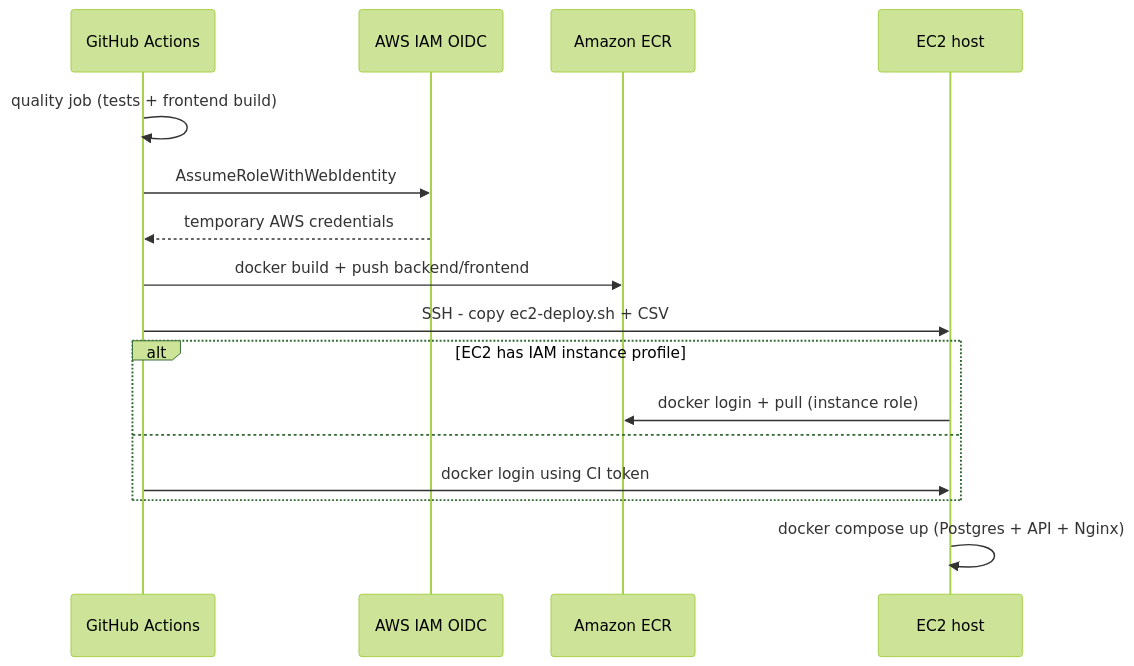
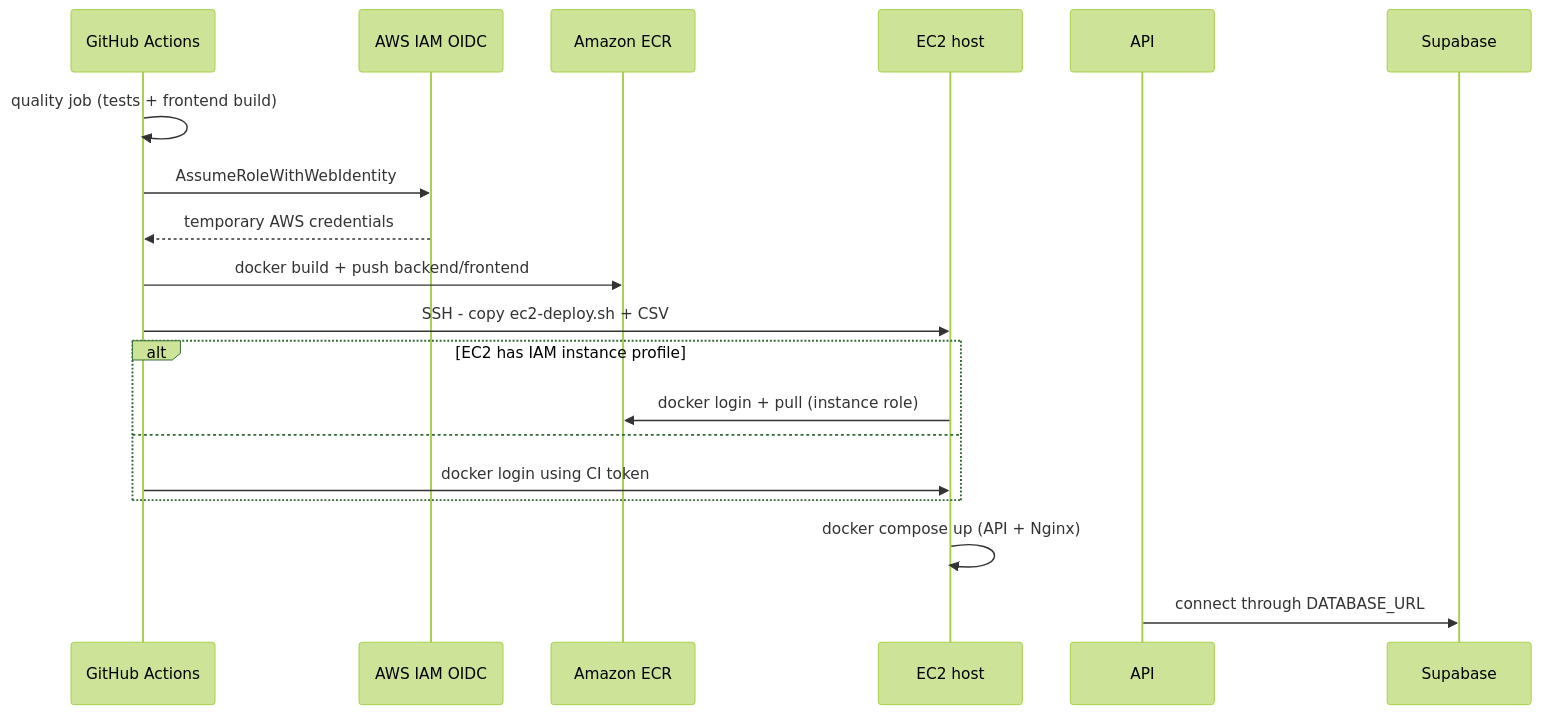
Before and after one commit to ajayr6696/TrafficData: the second of 2 diagrams in README.md, drawn with Mermaid (forest theme). The commit also changed other lines of this file and 1 other file, not shown here.

````diff
--- a/README.md
+++ b/README.md
@@ -228,19 +228,20 @@
 ```mermaid
 sequenceDiagram
   participant GH as GitHub Actions
   participant IAM as AWS IAM OIDC
   participant ECR as Amazon ECR
   participant EC2 as EC2 host
 
   GH->>GH: quality job (tests + frontend build)
   GH->>IAM: AssumeRoleWithWebIdentity
   IAM-->>GH: temporary AWS credentials
   GH->>ECR: docker build + push backend/frontend
   GH->>EC2: SSH  - copy ec2-deploy.sh + CSV
   alt EC2 has IAM instance profile
     EC2->>ECR: docker login + pull (instance role)
   else
     GH->>EC2: docker login using CI token
   end
-  EC2->>EC2: docker compose up (Postgres + API + Nginx)
+  EC2->>EC2: docker compose up (API + Nginx)
+  API->>Supabase: connect through DATABASE_URL
 ```
````
